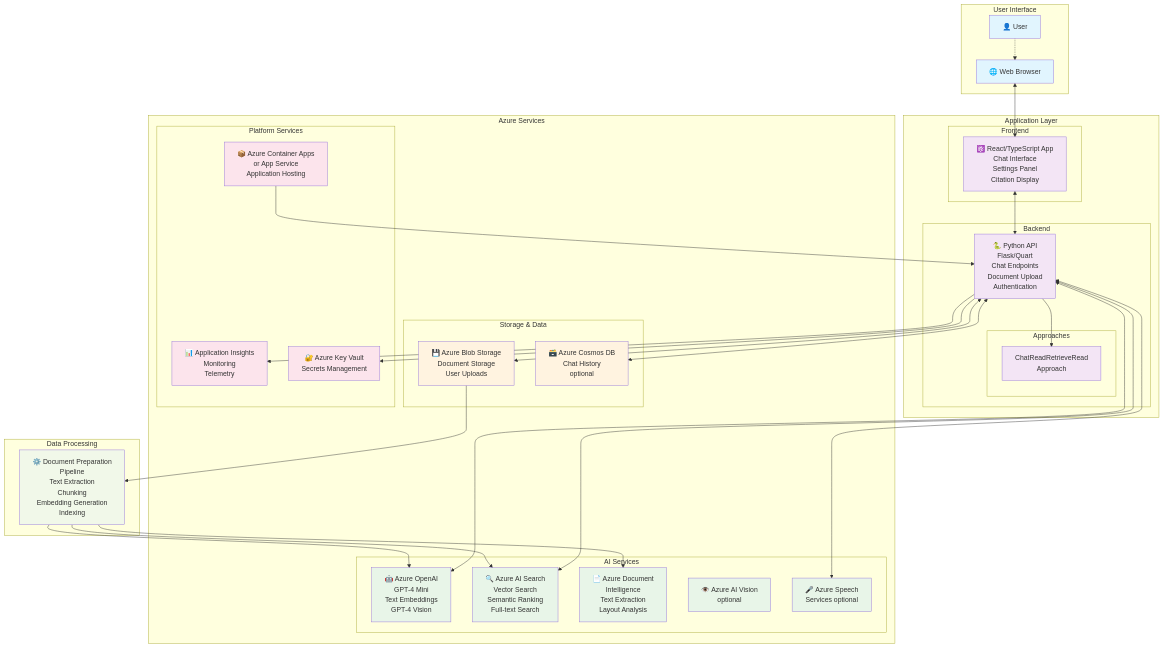
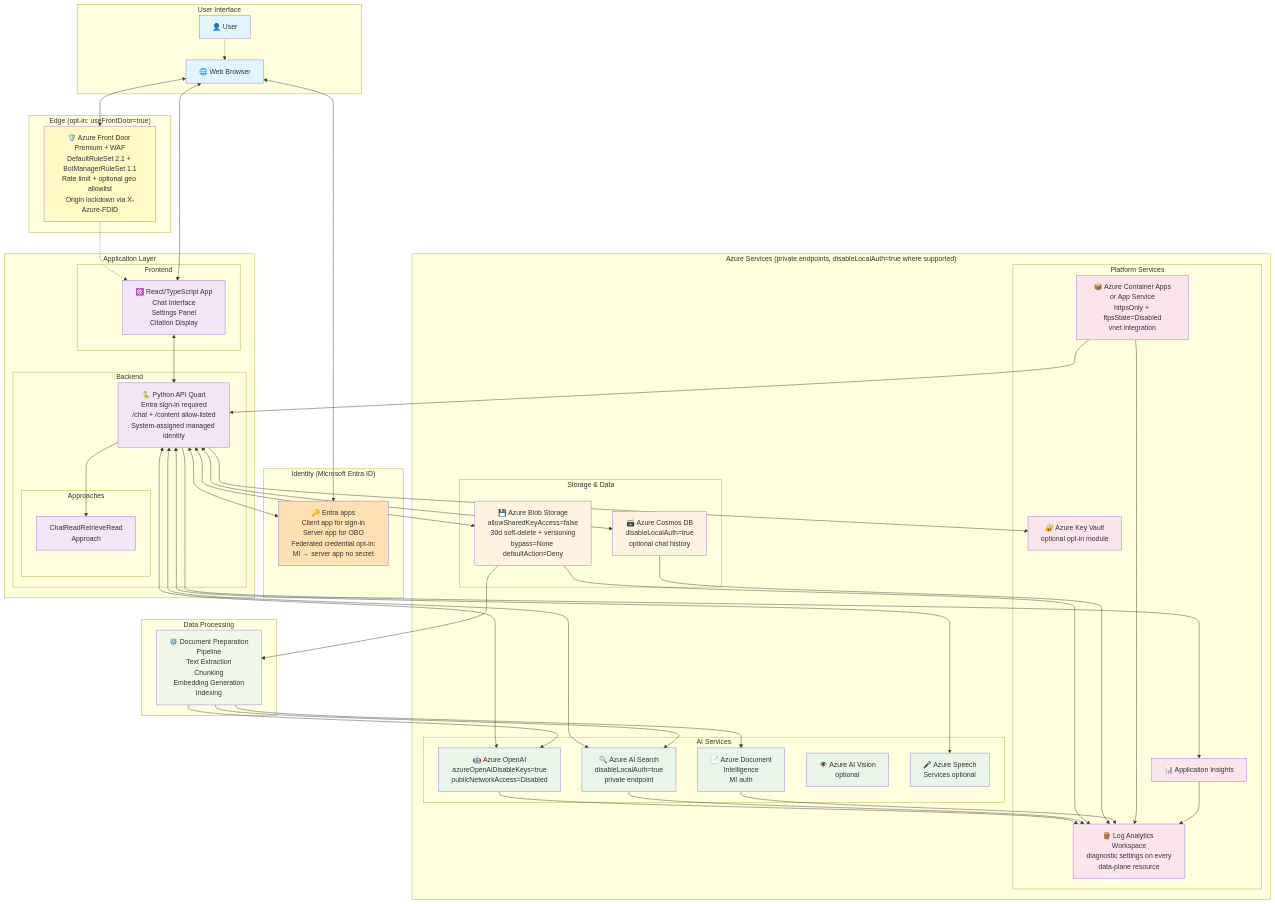
The first of 3 diagrams in docs/architecture.md (DanielD-GPT/RAG-Solution-with-click-through-citations), drawn with Mermaid before and after one commit. The commit also changed other lines of this file and 3 other files, not shown here.

First line of the commit message:
Update README, architecture diagram, and deploy docs for security hardening

````diff
--- a/docs/architecture.md
+++ b/docs/architecture.md
@@ -13,6 +13,10 @@
     subgraph "User Interface"
         User[👤 User]
         Browser[🌐 Web Browser]
+    end
+
+    subgraph "Edge (opt-in: useFrontDoor=true)"
+        AFD[🛡️ Azure Front Door Premium + WAF<br/>DefaultRuleSet 2.1 + BotManagerRuleSet 1.1<br/>Rate limit + optional geo allowlist<br/>Origin lockdown via X-Azure-FDID]
     end
 
     subgraph "Application Layer"
@@ -21,7 +25,7 @@
         end
 
         subgraph "Backend"
-            API[🐍 Python API<br/>Flask/Quart<br/>Chat Endpoints<br/>Document Upload<br/>Authentication]
+            API[🐍 Python API Quart<br/>Entra sign-in required<br/>/chat + /content allow-listed<br/>System-assigned managed identity]
 
             subgraph "Approaches"
                 CRR[ChatReadRetrieveRead<br/>Approach]
@@ -29,24 +33,29 @@
         end
     end
 
-    subgraph "Azure Services"
+    subgraph "Identity (Microsoft Entra ID)"
+        Entra[🔑 Entra apps<br/>Client app for sign-in<br/>Server app for OBO<br/>Federated credential opt-in:<br/>MI → server app no secret]
+    end
+
+    subgraph "Azure Services (private endpoints, disableLocalAuth=true where supported)"
         subgraph "AI Services"
-            OpenAI[🤖 Azure OpenAI<br/>GPT-4 Mini<br/>Text Embeddings<br/>GPT-4 Vision]
-            Search[🔍 Azure AI Search<br/>Vector Search<br/>Semantic Ranking<br/>Full-text Search]
-            DocIntel[📄 Azure Document<br/>Intelligence<br/>Text Extraction<br/>Layout Analysis]
+            OpenAI[🤖 Azure OpenAI<br/>azureOpenAiDisableKeys=true<br/>publicNetworkAccess=Disabled]
+            Search[🔍 Azure AI Search<br/>disableLocalAuth=true<br/>private endpoint]
+            DocIntel[📄 Azure Document<br/>Intelligence<br/>MI auth]
             Vision2[👁️ Azure AI Vision<br/>optional]
             Speech[🎤 Azure Speech<br/>Services optional]
         end
 
         subgraph "Storage & Data"
-            Blob[💾 Azure Blob Storage<br/>Document Storage<br/>User Uploads]
-            Cosmos[🗃️ Azure Cosmos DB<br/>Chat History<br/>optional]
+            Blob[💾 Azure Blob Storage<br/>allowSharedKeyAccess=false<br/>30d soft-delete + versioning<br/>bypass=None defaultAction=Deny]
+            Cosmos[🗃️ Azure Cosmos DB<br/>disableLocalAuth=true<br/>optional chat history]
         end
 
         subgraph "Platform Services"
-            ContainerApps[📦 Azure Container Apps<br/>or App Service<br/>Application Hosting]
-            AppInsights[📊 Application Insights<br/>Monitoring<br/>Telemetry]
-            KeyVault[🔐 Azure Key Vault<br/>Secrets Management]
+            ContainerApps[📦 Azure Container Apps<br/>or App Service<br/>httpsOnly + ftpsState=Disabled<br/>vnet integration]
+            AppInsights[📊 Application Insights]
+            LogAnalytics[🪵 Log Analytics Workspace<br/>diagnostic settings on every<br/>data-plane resource]
+            KeyVault[🔐 Azure Key Vault<br/>optional opt-in module]
         end
     end
 
@@ -56,8 +65,14 @@
 
     %% User Interaction Flow
     User -.-> Browser
+    Browser <--> AFD
+    AFD -.-> React
     Browser <--> React
     React <--> API
+
+    %% Sign-in & token exchange
+    Browser <--> Entra
+    API <--> Entra
 
     %% Backend Processing
     API --> CRR
@@ -78,20 +93,31 @@
     %% Platform Integration
     ContainerApps --> API
     API --> AppInsights
+    OpenAI --> LogAnalytics
+    Search --> LogAnalytics
+    Blob --> LogAnalytics
+    Cosmos --> LogAnalytics
+    DocIntel --> LogAnalytics
+    ContainerApps --> LogAnalytics
+    AppInsights --> LogAnalytics
     API --> KeyVault
 
     %% Styling
     classDef userLayer fill:#e1f5fe
+    classDef edgeLayer fill:#fff9c4
     classDef appLayer fill:#f3e5f5
+    classDef identityLayer fill:#ffe0b2
     classDef azureAI fill:#e8f5e8
     classDef azureStorage fill:#fff3e0
     classDef azurePlatform fill:#fce4ec
     classDef processing fill:#f1f8e9
 
     class User,Browser userLayer
+    class AFD edgeLayer
     class React,API,CRR appLayer
+    class Entra identityLayer
     class OpenAI,Search,DocIntel,Vision2,Speech azureAI
     class Blob,Cosmos azureStorage
-    class ContainerApps,AppInsights,KeyVault azurePlatform
+    class ContainerApps,AppInsights,LogAnalytics,KeyVault azurePlatform
     class PrepDocs processing
 ```
````
